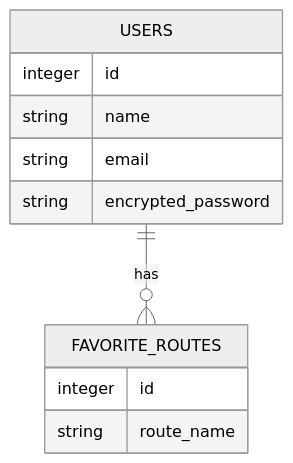
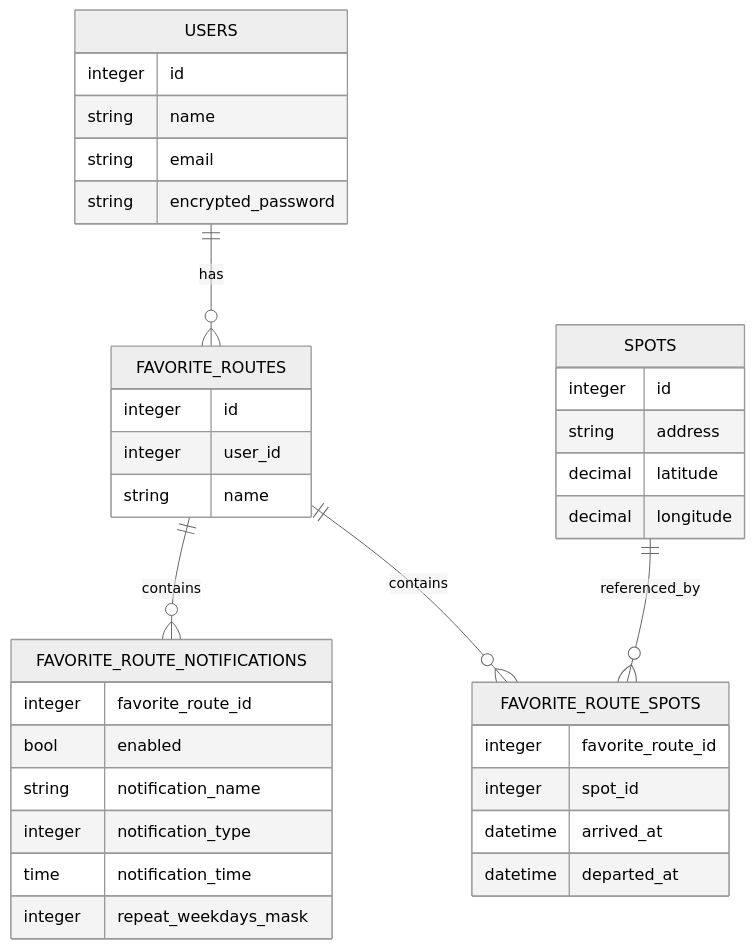
One commit to yu-suke0919/multi_weather changed the diagram in README.md. Above: the diagram before and after it, drawn with Mermaid (neutral theme).

Commit message:
ER図を追加

````diff
--- a/README.md
+++ b/README.md
@@ -71,15 +71,43 @@
 ```mermaid
 erDiagram
 USERS {
   integer id
   string name
   string email
   string encrypted_password
 }
 
 FAVORITE_ROUTES{
   integer id
-  string route_name
+  integer user_id
+  string name
 }
+
+FAVORITE_ROUTE_NOTIFICATIONS{
+  integer favorite_route_id
+  bool enabled
+  string notification_name
+  integer notification_type
+  time notification_time
+  integer repeat_weekdays_mask
+}
+
+SPOTS{
+  integer id
+  string address
+  decimal latitude
+  decimal longitude
+}
+
+FAVORITE_ROUTE_SPOTS{
+  integer favorite_route_id
+  integer spot_id
+  datetime arrived_at
+  datetime departed_at
+}
+
 USERS ||--o{ FAVORITE_ROUTES : has
+FAVORITE_ROUTES ||--o{ FAVORITE_ROUTE_NOTIFICATIONS : contains
+FAVORITE_ROUTES ||--o{ FAVORITE_ROUTE_SPOTS : contains
+SPOTS ||--o{ FAVORITE_ROUTE_SPOTS : referenced_by
 ```
````
